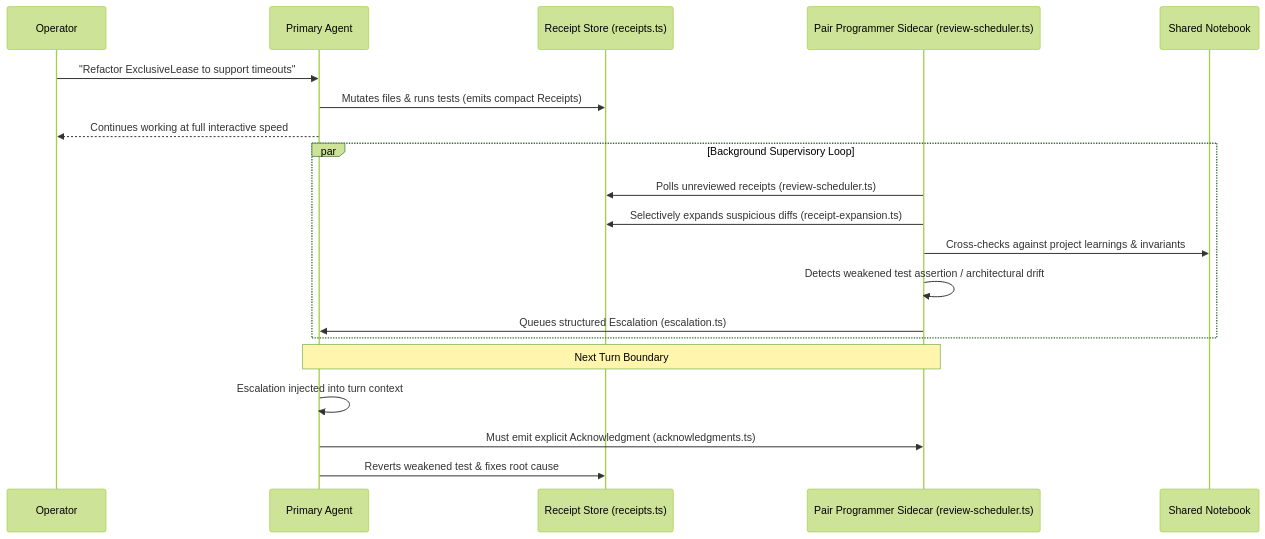
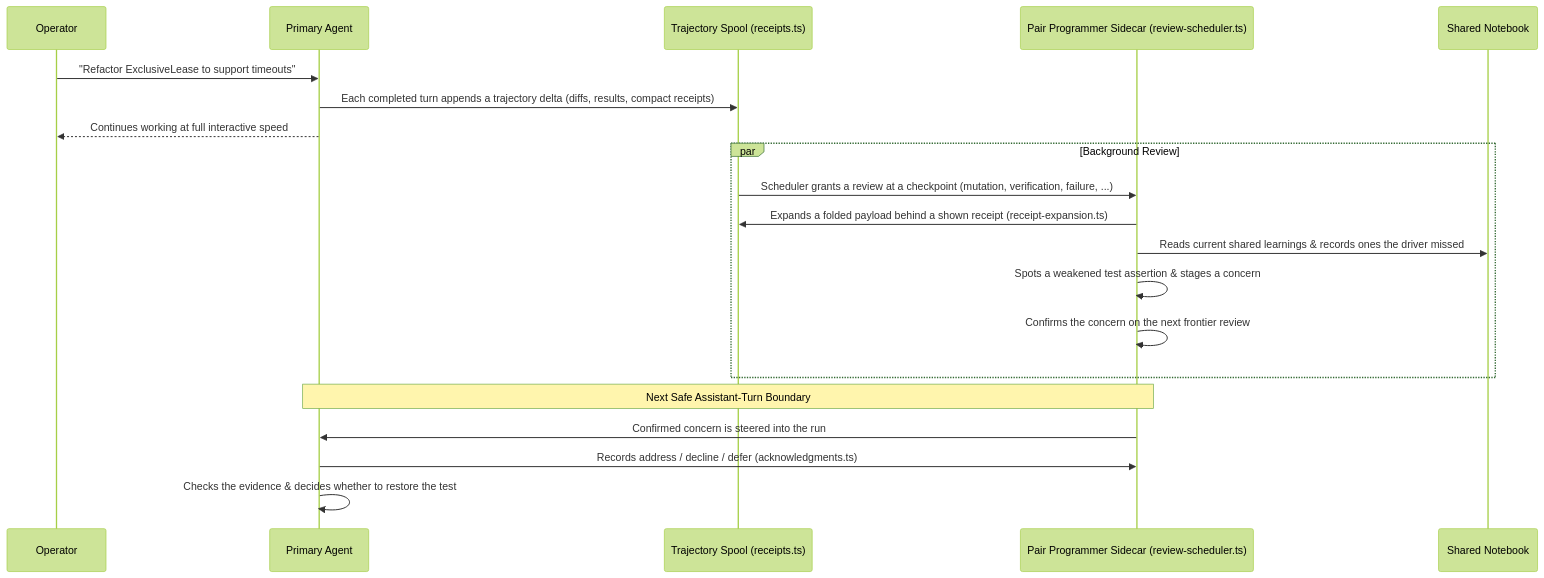
One commit to z3z1ma/apple-pi changed the fourth of 7 diagrams in README.md. Above: the diagram before and after it, drawn with Mermaid (forest theme). The commit also changed other lines of this file, not shown here.

Commit message:
docs(readme): correct claims against current source

````diff
--- a/README.md
+++ b/README.md
@@ -204,25 +206,25 @@
 ```mermaid
 sequenceDiagram
     participant Human as Operator
     participant Main as Primary Agent
-    participant Receipts as Receipt Store (receipts.ts)
+    participant Spool as Trajectory Spool (receipts.ts)
     participant Pair as Pair Programmer Sidecar (review-scheduler.ts)
     participant Notebook as Shared Notebook
 
     Human->>Main: "Refactor ExclusiveLease to support timeouts"
-    Main->>Receipts: Mutates files & runs tests (emits compact Receipts)
+    Main->>Spool: Each completed turn appends a trajectory delta (diffs, results, compact receipts)
     Main-->>Human: Continues working at full interactive speed
 
-    par Background Supervisory Loop
-        Pair->>Receipts: Polls unreviewed receipts (review-scheduler.ts)
-        Pair->>Receipts: Selectively expands suspicious diffs (receipt-expansion.ts)
-        Pair->>Notebook: Cross-checks against project learnings & invariants
-        Pair->>Pair: Detects weakened test assertion / architectural drift
-        Pair->>Main: Queues structured Escalation (escalation.ts)
+    par Background Review
+        Spool->>Pair: Scheduler grants a review at a checkpoint (mutation, verification, failure, ...)
+        Pair->>Spool: Expands a folded payload behind a shown receipt (receipt-expansion.ts)
+        Pair->>Notebook: Reads current shared learnings & records ones the driver missed
+        Pair->>Pair: Spots a weakened test assertion & stages a concern
+        Pair->>Pair: Confirms the concern on the next frontier review
     end
 
-    Note over Main,Pair: Next Turn Boundary
-    Main->>Main: Escalation injected into turn context
-    Main->>Pair: Must emit explicit Acknowledgment (acknowledgments.ts)
-    Main->>Receipts: Reverts weakened test & fixes root cause
+    Note over Main,Pair: Next Safe Assistant-Turn Boundary
+    Pair->>Main: Confirmed concern is steered into the run
+    Main->>Pair: Records address / decline / defer (acknowledgments.ts)
+    Main->>Main: Checks the evidence & decides whether to restore the test
 ```
````
